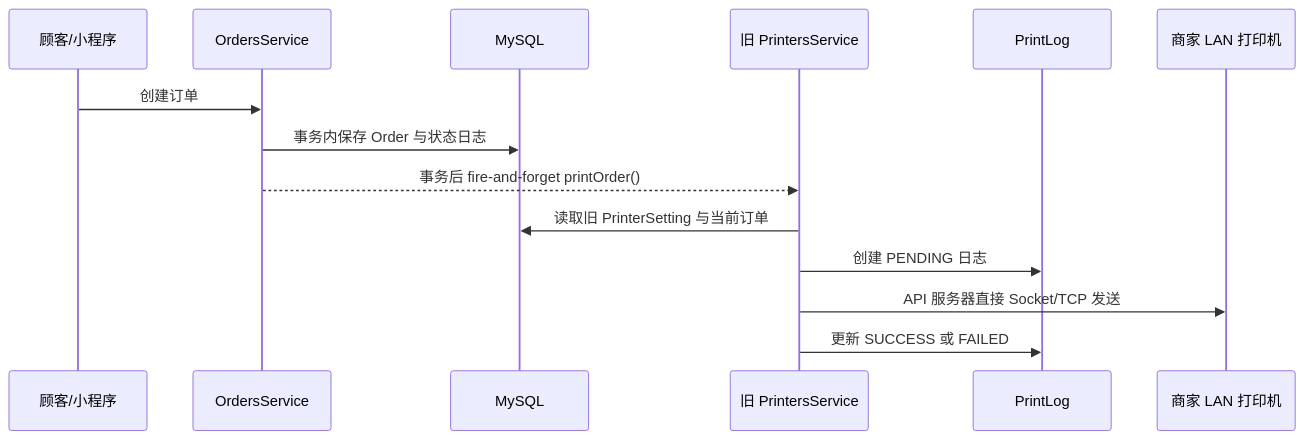
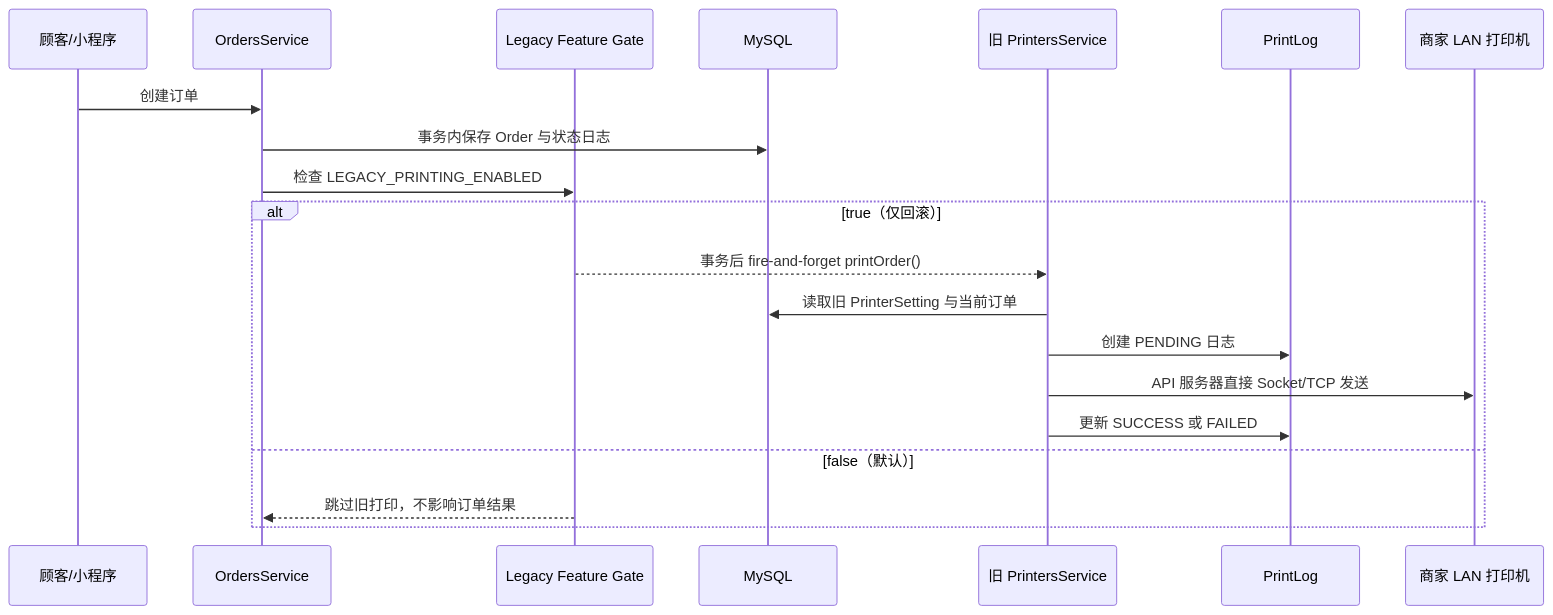
The first of 2 diagrams in docs/printing-v1/07_LEGACY_COMPATIBILITY_AND_MIGRATION.md (peten001/HuayueLife-MVP), drawn with Mermaid before and after one commit. The commit also changed other lines of this file and 36 other files, not shown here.

Commit message:
refactor: disable legacy direct printing

````diff
--- a/docs/printing-v1/07_LEGACY_COMPATIBILITY_AND_MIGRATION.md
+++ b/docs/printing-v1/07_LEGACY_COMPATIBILITY_AND_MIGRATION.md
@@ -38,17 +38,23 @@
 ```mermaid
 sequenceDiagram
     participant U as 顾客/小程序
     participant O as OrdersService
+    participant G as Legacy Feature Gate
     participant DB as MySQL
     participant P as 旧 PrintersService
     participant L as PrintLog
     participant HW as 商家 LAN 打印机
 
     U->>O: 创建订单
     O->>DB: 事务内保存 Order 与状态日志
-    O-->>P: 事务后 fire-and-forget printOrder()
+    O->>G: 检查 LEGACY_PRINTING_ENABLED
+    alt true（仅回滚）
+    G-->>P: 事务后 fire-and-forget printOrder()
     P->>DB: 读取旧 PrinterSetting 与当前订单
     P->>L: 创建 PENDING 日志
     P->>HW: API 服务器直接 Socket/TCP 发送
     P->>L: 更新 SUCCESS 或 FAILED
+    else false（默认）
+    G-->>O: 跳过旧打印，不影响订单结果
+    end
 ```
````
